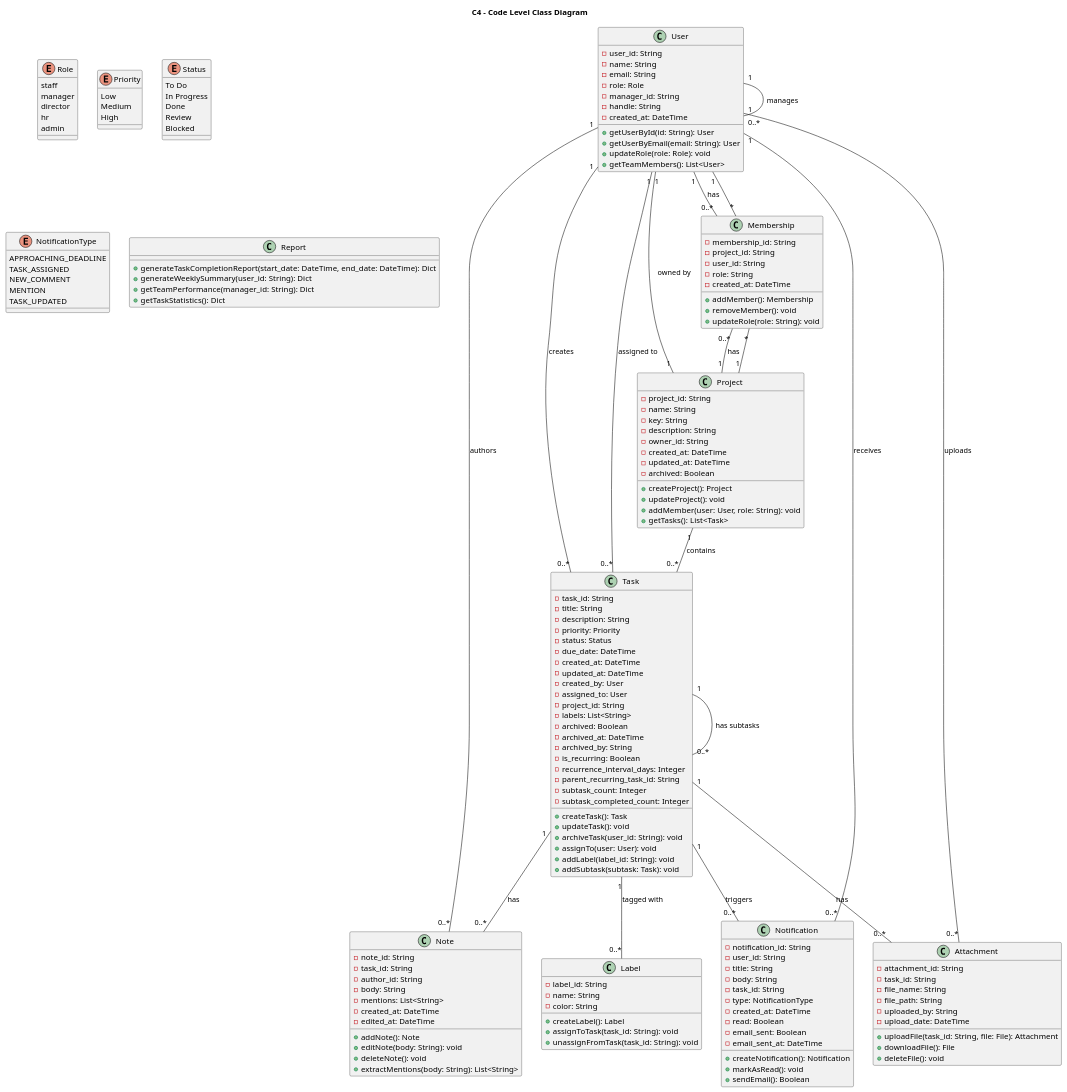
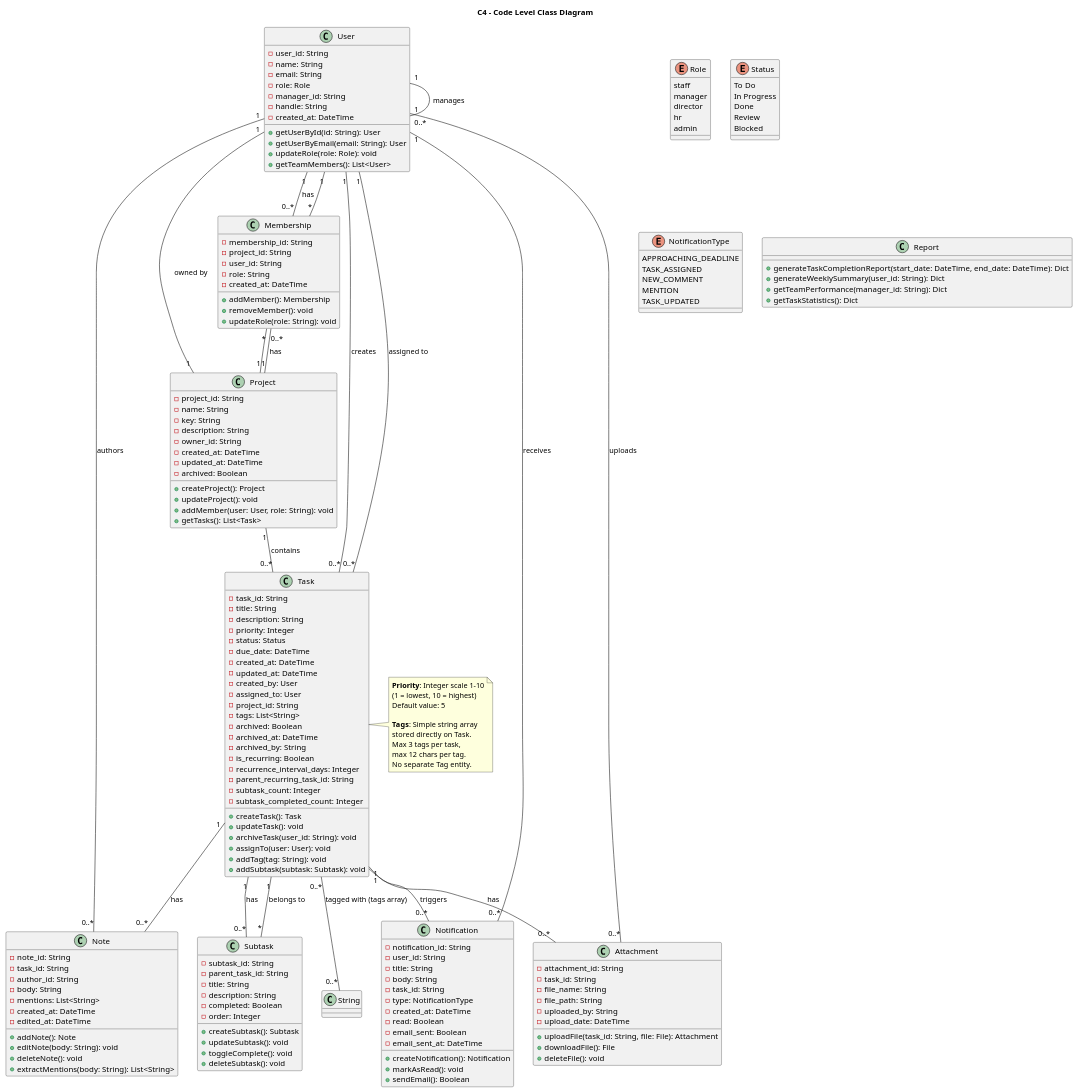
Before and after one commit to XavierTanMT/IS212---Software_Project_Management: the diagram in plantuml/c4_class.puml, drawn with PlantUML. The commit also changed 5 other files, not shown here.

Commit message:
update plant uml to follow current architecture

```diff
--- a/plantuml/c4_class.puml
+++ b/plantuml/c4_class.puml
@@ -1,183 +1,195 @@
 @startuml c4_class
 title C4 - Code Level Class Diagram
 
 enum Role {
     staff
     manager
     director
     hr
     admin
-}
-
-enum Priority {
-    Low
-    Medium
-    High
 }
 
 enum Status {
     To Do
     In Progress
     Done
     Review
     Blocked
 }
 
 enum NotificationType {
     APPROACHING_DEADLINE
     TASK_ASSIGNED
     NEW_COMMENT
     MENTION
     TASK_UPDATED
 }
 
 class User {
   - user_id: String
   - name: String
   - email: String
   - role: Role
   - manager_id: String
   - handle: String
   - created_at: DateTime
   + getUserById(id: String): User
   + getUserByEmail(email: String): User
   + updateRole(role: Role): void
   + getTeamMembers(): List<User>
 }
 
 class Task {
   - task_id: String
   - title: String
   - description: String
-  - priority: Priority
+  - priority: Integer
   - status: Status
   - due_date: DateTime
   - created_at: DateTime
   - updated_at: DateTime
   - created_by: User
   - assigned_to: User
   - project_id: String
-  - labels: List<String>
+  - tags: List<String>
   - archived: Boolean
   - archived_at: DateTime
   - archived_by: String
   - is_recurring: Boolean
   - recurrence_interval_days: Integer
   - parent_recurring_task_id: String
   - subtask_count: Integer
   - subtask_completed_count: Integer
   + createTask(): Task
   + updateTask(): void
   + archiveTask(user_id: String): void
   + assignTo(user: User): void
-  + addLabel(label_id: String): void
-  + addSubtask(subtask: Task): void
+  + addTag(tag: String): void
+  + addSubtask(subtask: Subtask): void
 }
 
 class Project {
   - project_id: String
   - name: String
   - key: String
   - description: String
   - owner_id: String
   - created_at: DateTime
   - updated_at: DateTime
   - archived: Boolean
   + createProject(): Project
   + updateProject(): void
   + addMember(user: User, role: String): void
   + getTasks(): List<Task>
 }
 
 class Membership {
   - membership_id: String
   - project_id: String
   - user_id: String
   - role: String
   - created_at: DateTime
   + addMember(): Membership
   + removeMember(): void
   + updateRole(role: String): void
 }
 
 class Note {
   - note_id: String
   - task_id: String
   - author_id: String
   - body: String
   - mentions: List<String>
   - created_at: DateTime
   - edited_at: DateTime
   + addNote(): Note
   + editNote(body: String): void
   + deleteNote(): void
   + extractMentions(body: String): List<String>
 }
 
-class Label {
-  - label_id: String
-  - name: String
-  - color: String
-  + createLabel(): Label
-  + assignToTask(task_id: String): void
-  + unassignFromTask(task_id: String): void
+class Subtask {
+  - subtask_id: String
+  - parent_task_id: String
+  - title: String
+  - description: String
+  - completed: Boolean
+  - order: Integer
+  + createSubtask(): Subtask
+  + updateSubtask(): void
+  + toggleComplete(): void
+  + deleteSubtask(): void
 }
 
 class Attachment {
   - attachment_id: String
   - task_id: String
   - file_name: String
   - file_path: String
   - uploaded_by: String
   - upload_date: DateTime
   + uploadFile(task_id: String, file: File): Attachment
   + downloadFile(): File
   + deleteFile(): void
 }
 
 class Notification {
   - notification_id: String
   - user_id: String
   - title: String
   - body: String
   - task_id: String
   - type: NotificationType
   - created_at: DateTime
   - read: Boolean
   - email_sent: Boolean
   - email_sent_at: DateTime
   + createNotification(): Notification
   + markAsRead(): void
   + sendEmail(): Boolean
 }
 
 class Report {
   + generateTaskCompletionReport(start_date: DateTime, end_date: DateTime): Dict
   + generateWeeklySummary(user_id: String): Dict
   + getTeamPerformance(manager_id: String): Dict
   + getTaskStatistics(): Dict
 }
 
 ' Relationships
 User "1" -- "0..*" Task : creates
 User "1" -- "0..*" Task : assigned to
 User "1" -- "0..*" Note : authors
 User "1" -- "0..*" Attachment : uploads
 User "1" -- "0..*" Notification : receives
 User "1" -- "0..*" Membership : has
 User "1" -- "0..*" User : manages
 
 Project "1" -- "0..*" Task : contains
 Project "1" -- "0..*" Membership : has
 Project "1" -- "1" User : owned by
 
 Task "1" -- "0..*" Note : has
 Task "1" -- "0..*" Attachment : has
-Task "1" -- "0..*" Label : tagged with
-Task "1" -- "0..*" Task : has subtasks
+Task "1" -- "0..*" Subtask : has
 Task "1" -- "0..*" Notification : triggers
+Task "0..*" -- "0..*" String : tagged with (tags array)
 
 Membership "*" -- "1" Project
 Membership "*" -- "1" User
 
+Subtask "*" -- "1" Task : belongs to
+
+note right of Task
+  **Priority**: Integer scale 1-10
+  (1 = lowest, 10 = highest)
+  Default value: 5
+  
+  **Tags**: Simple string array
+  stored directly on Task.
+  Max 3 tags per task, 
+  max 12 chars per tag.
+  No separate Tag entity.
+end note
+
 @enduml
```
